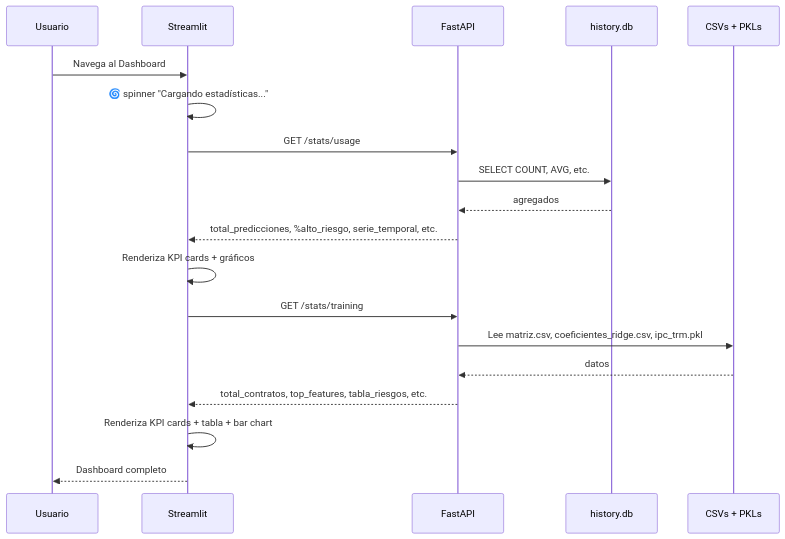
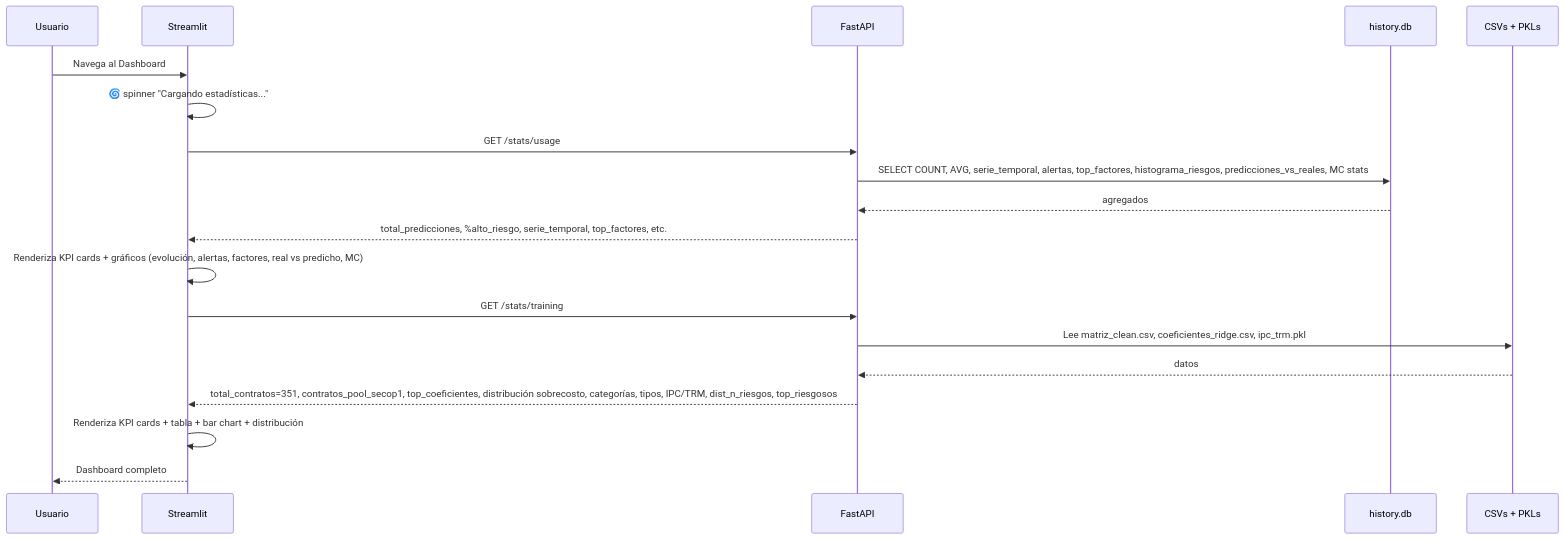
One commit to sanan1297/risk_project changed the third of 7 diagrams in docs/proceso.md. Above: the diagram before and after it, drawn with Mermaid. The commit also changed other lines of this file and 8 other files, not shown here.

````diff
--- a/docs/proceso.md
+++ b/docs/proceso.md
@@ -382,22 +387,22 @@
 ```mermaid
 sequenceDiagram
     participant U as Usuario
     participant F as Streamlit
     participant B as FastAPI
     participant DB as history.db
     participant Files as CSVs + PKLs
 
     U->>F: Navega al Dashboard
     F->>F: 🌀 spinner "Cargando estadísticas..."
     F->>B: GET /stats/usage
-    B->>DB: SELECT COUNT, AVG, etc.
+    B->>DB: SELECT COUNT, AVG, serie_temporal, alertas, top_factores, histograma_riesgos, predicciones_vs_reales, MC stats
     DB-->>B: agregados
-    B-->>F: total_predicciones, %alto_riesgo, serie_temporal, etc.
-    F->>F: Renderiza KPI cards + gráficos
+    B-->>F: total_predicciones, %alto_riesgo, serie_temporal, top_factores, etc.
+    F->>F: Renderiza KPI cards + gráficos (evolución, alertas, factores, real vs predicho, MC)
     F->>B: GET /stats/training
-    B->>Files: Lee matriz.csv, coeficientes_ridge.csv, ipc_trm.pkl
+    B->>Files: Lee matriz_clean.csv, coeficientes_ridge.csv, ipc_trm.pkl
     Files-->>B: datos
-    B-->>F: total_contratos, top_features, tabla_riesgos, etc.
-    F->>F: Renderiza KPI cards + tabla + bar chart
+    B-->>F: total_contratos=351, contratos_pool_secop1, top_coeficientes, distribución sobrecosto, categorías, tipos, IPC/TRM, dist_n_riesgos, top_riesgosos
+    F->>F: Renderiza KPI cards + tabla + bar chart + distribución
     F-->>U: Dashboard completo
 ```
````
